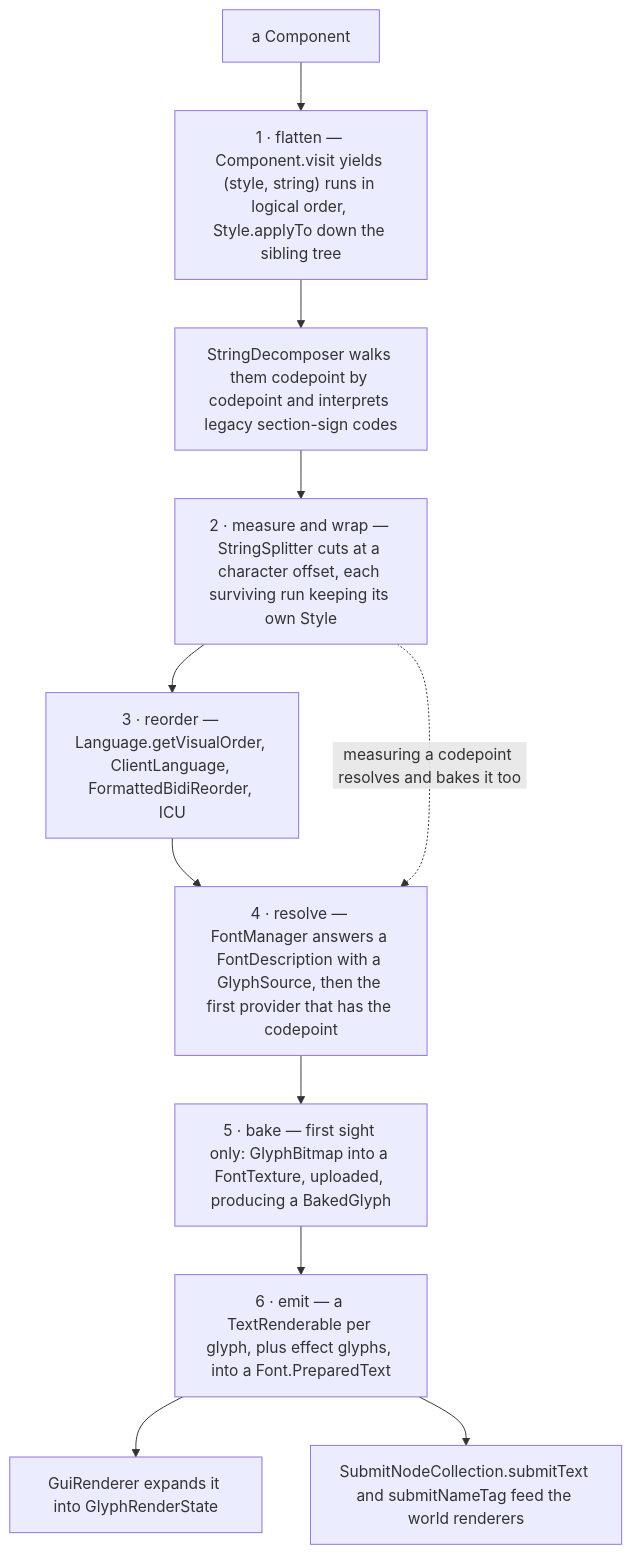
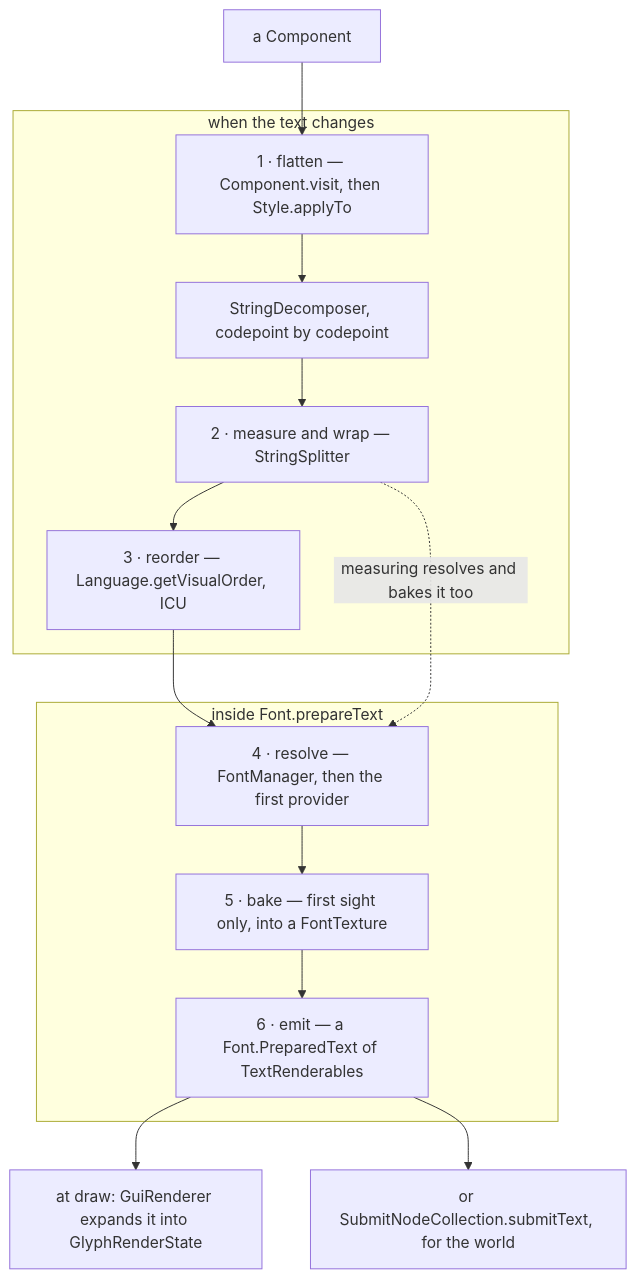
The first of 3 diagrams in src/systems/client/text-and-fonts.md (AlexanderjFraser/MinecraftDocs), drawn with Mermaid before and after one commit. The commit also changed other lines of this file and 18 other files, not shown here.

````diff
--- a/src/systems/client/text-and-fonts.md
+++ b/src/systems/client/text-and-fonts.md
@@ -37,17 +37,24 @@
 ```mermaid
 flowchart TD
     C["a Component"]
-    RUNS["1 · flatten — Component.visit yields (style, string) runs in logical order, Style.applyTo down the sibling tree"]
-    DEC["StringDecomposer walks them codepoint by codepoint and interprets legacy section-sign codes"]
-    WRAP["2 · measure and wrap — StringSplitter cuts at a character offset, each surviving run keeping its own Style"]
-    BIDI["3 · reorder — Language.getVisualOrder, ClientLanguage, FormattedBidiReorder, ICU"]
-    RESOLVE["4 · resolve — FontManager answers a FontDescription with a GlyphSource, then the first provider that has the codepoint"]
-    BAKE["5 · bake — first sight only: GlyphBitmap into a FontTexture, uploaded, producing a BakedGlyph"]
-    EMIT["6 · emit — a TextRenderable per glyph, plus effect glyphs, into a Font.PreparedText"]
-    GUI["GuiRenderer expands it into GlyphRenderState"]
-    WORLD["SubmitNodeCollection.submitText and submitNameTag feed the world renderers"]
-    C --> RUNS --> DEC --> WRAP --> BIDI --> RESOLVE --> BAKE --> EMIT
-    WRAP -. "measuring a codepoint resolves and bakes it too" .-> RESOLVE
+    subgraph WHEN["when the text changes"]
+        RUNS["1 · flatten — Component.visit, then Style.applyTo"]
+        DEC["StringDecomposer, codepoint by codepoint"]
+        WRAP["2 · measure and wrap — StringSplitter"]
+        BIDI["3 · reorder — Language.getVisualOrder, ICU"]
+        RUNS --> DEC --> WRAP --> BIDI
+    end
+    subgraph PREP["inside Font.prepareText"]
+        RESOLVE["4 · resolve — FontManager, then the first provider"]
+        BAKE["5 · bake — first sight only, into a FontTexture"]
+        EMIT["6 · emit — a Font.PreparedText of TextRenderables"]
+        RESOLVE --> BAKE --> EMIT
+    end
+    GUI["at draw: GuiRenderer expands it into GlyphRenderState"]
+    WORLD["or SubmitNodeCollection.submitText, for the world"]
+    C --> RUNS
+    BIDI --> RESOLVE
+    WRAP -. "measuring resolves and bakes it too" .-> RESOLVE
     EMIT --> GUI
     EMIT --> WORLD
 ```
````
